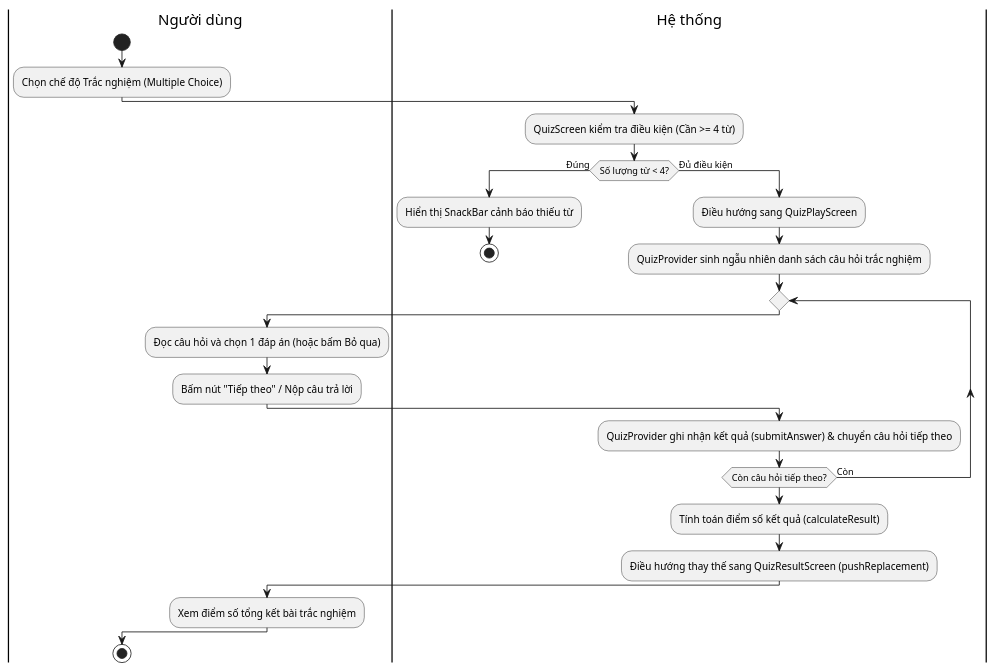
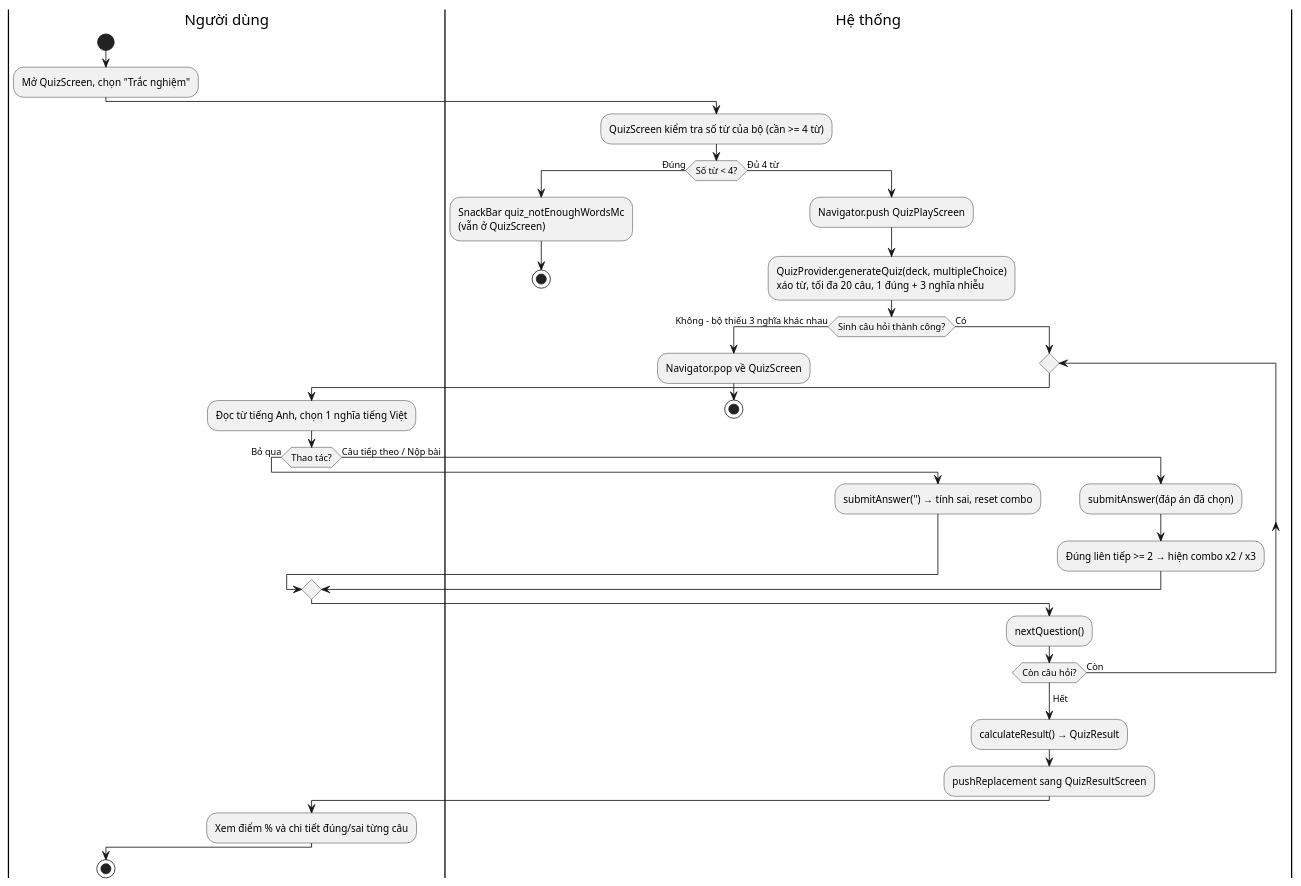
Before and after one commit to hoang-adu/2026_2027_1_1_LTTBDD_N01_Nhom_2: the diagram in docs/activity_quiz_multiple_choice.puml, drawn with PlantUML. The commit also changed 8 other files, not shown here.

Commit message:
docs(uml): sửa sơ đồ sequence/activity khớp với code

```diff
--- a/docs/activity_quiz_multiple_choice.puml
+++ b/docs/activity_quiz_multiple_choice.puml
@@ -1,32 +1,40 @@
 @startuml
 |Người dùng|
 start
-:Chọn chế độ Trắc nghiệm (Multiple Choice);
+:Mở QuizScreen, chọn "Trắc nghiệm";
 
 |Hệ thống|
-:QuizScreen kiểm tra điều kiện (Cần >= 4 từ);
-if (Số lượng từ < 4?) then (Đúng)
-  :Hiển thị SnackBar cảnh báo thiếu từ;
+:QuizScreen kiểm tra số từ của bộ (cần >= 4 từ);
+if (Số từ < 4?) then (Đúng)
+  :SnackBar quiz_notEnoughWordsMc\n(vẫn ở QuizScreen);
   stop
-else (Đủ điều kiện)
-  :Điều hướng sang QuizPlayScreen;
-  :QuizProvider sinh ngẫu nhiên danh sách câu hỏi trắc nghiệm;
-  
-  repeat
+else (Đủ 4 từ)
+  :Navigator.push QuizPlayScreen;
+  :QuizProvider.generateQuiz(deck, multipleChoice)\nxáo từ, tối đa 20 câu, 1 đúng + 3 nghĩa nhiễu;
+  if (Sinh câu hỏi thành công?) then (Không - bộ thiếu 3 nghĩa khác nhau)
+    :Navigator.pop về QuizScreen;
+    stop
+  else (Có)
+    repeat
+      |Người dùng|
+      :Đọc từ tiếng Anh, chọn 1 nghĩa tiếng Việt;
+      if (Thao tác?) then (Bỏ qua)
+        |Hệ thống|
+        :submitAnswer('') → tính sai, reset combo;
+      else (Câu tiếp theo / Nộp bài)
+        |Hệ thống|
+        :submitAnswer(đáp án đã chọn);
+        :Đúng liên tiếp >= 2 → hiện combo x2 / x3;
+      endif
+      :nextQuestion();
+    repeat while (Còn câu hỏi?) is (Còn)
+    ->Hết;
+    :calculateResult() → QuizResult;
+    :pushReplacement sang QuizResultScreen;
+
     |Người dùng|
-    :Đọc câu hỏi và chọn 1 đáp án (hoặc bấm Bỏ qua);
-    :Bấm nút "Tiếp theo" / Nộp câu trả lời;
-    
-    |Hệ thống|
-    :QuizProvider ghi nhận kết quả (submitAnswer) & chuyển câu hỏi tiếp theo;
-  repeat while (Còn câu hỏi tiếp theo?) is (Còn)
-  
-  |Hệ thống|
-  :Tính toán điểm số kết quả (calculateResult);
-  :Điều hướng thay thế sang QuizResultScreen (pushReplacement);
-  
-  |Người dùng|
-  :Xem điểm số tổng kết bài trắc nghiệm;
+    :Xem điểm % và chi tiết đúng/sai từng câu;
+  endif
 endif
 stop
 @enduml
```
